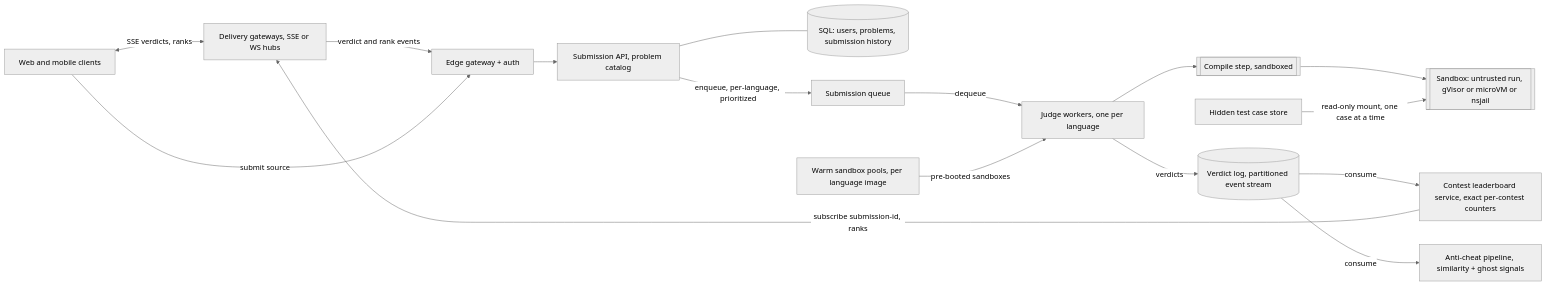
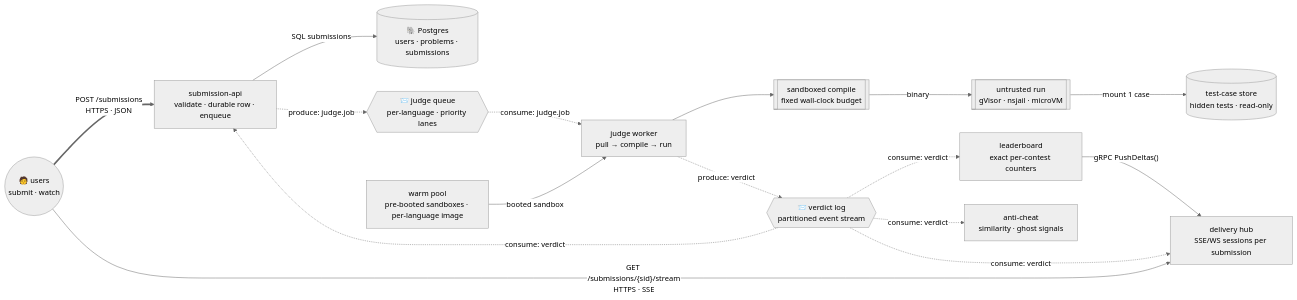
The diagram in study_cases/38.leetcode/03-architecture.md (ramandika/system-design-problems), drawn with Mermaid (neutral theme) before and after one commit. The commit also changed other lines of this file and 58 other files, not shown here.

First line of the commit message:
Add diagram standard and make 6 live diagrams compliant

````diff
--- a/study_cases/38.leetcode/03-architecture.md
+++ b/study_cases/38.leetcode/03-architecture.md
@@ -9,18 +11,18 @@
 ```mermaid
 flowchart LR
-  W[Web and mobile clients] <-->|SSE verdicts, ranks| DLQ[Delivery gateways, SSE or WS hubs]
-  DLQ -->|verdict and rank events| GW[Edge gateway + auth]
-  W -->|submit source| GW
-  GW --> API[Submission API, problem catalog]
-  API --- PG[(SQL: users, problems, submission history)]
-  API -->|enqueue, per-language, prioritized| Q[Submission queue]
-  Q -->|dequeue| JF[Judge workers, one per language]
-  POOL[Warm sandbox pools, per language image] -->|pre-booted sandboxes| JF
-  JF --> COMP[[Compile step, sandboxed]]
-  COMP --> SBX[[Sandbox: untrusted run, gVisor or microVM or nsjail]]
-  TC[Hidden test case store] -->|read-only mount, one case at a time| SBX
-  JF -->|verdicts| JD[(Verdict log, partitioned event stream)]
-  JD -->|consume| LB[Contest leaderboard service, exact per-contest counters]
-  JD -->|consume| AC[Anti-cheat pipeline, similarity + ghost signals]
-  LB -->|subscribe submission-id, ranks| DLQ
+  u((🧑 users<br/>submit · watch)) ==>|"POST /submissions<br/>HTTPS · JSON"| api[submission-api<br/>validate · durable row · enqueue]
+  u -->|"GET /submissions/{sid}/stream<br/>HTTPS · SSE"| hub[delivery hub<br/>SSE/WS sessions per submission]
+  api -->|"SQL submissions"| pg[(🐘 Postgres<br/>users · problems · submissions)]
+  api -.->|"produce: judge.job"| q{{📨 judge queue<br/>per-language · priority lanes}}
+  q -.->|"consume: judge.job"| jf[judge worker<br/>pull → compile → run]
+  pool[warm pool<br/>pre-booted sandboxes · per-language image] -->|"booted sandbox"| jf
+  jf --> comp[[sandboxed compile<br/>fixed wall-clock budget]]
+  comp -->|"binary"| sbx[[untrusted run<br/>gVisor · nsjail · microVM]]
+  sbx -->|"mount 1 case"| tc[(test-case store<br/>hidden tests · read-only)]
+  jf -.->|"produce: verdict"| jd{{📨 verdict log<br/>partitioned event stream}}
+  jd -.->|"consume: verdict"| lb[leaderboard<br/>exact per-contest counters]
+  jd -.->|"consume: verdict"| ac[anti-cheat<br/>similarity · ghost signals]
+  jd -.->|"consume: verdict"| hub
+  jd -.->|"consume: verdict"| api
+  lb -->|"gRPC PushDeltas()"| hub
 ```
````
